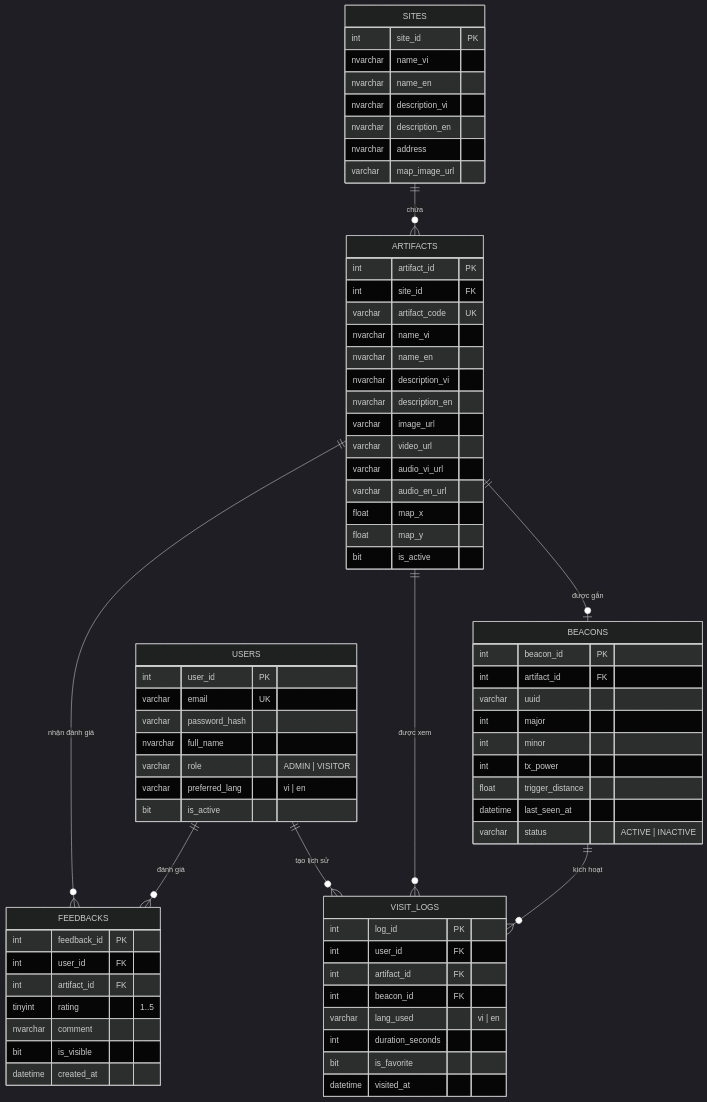
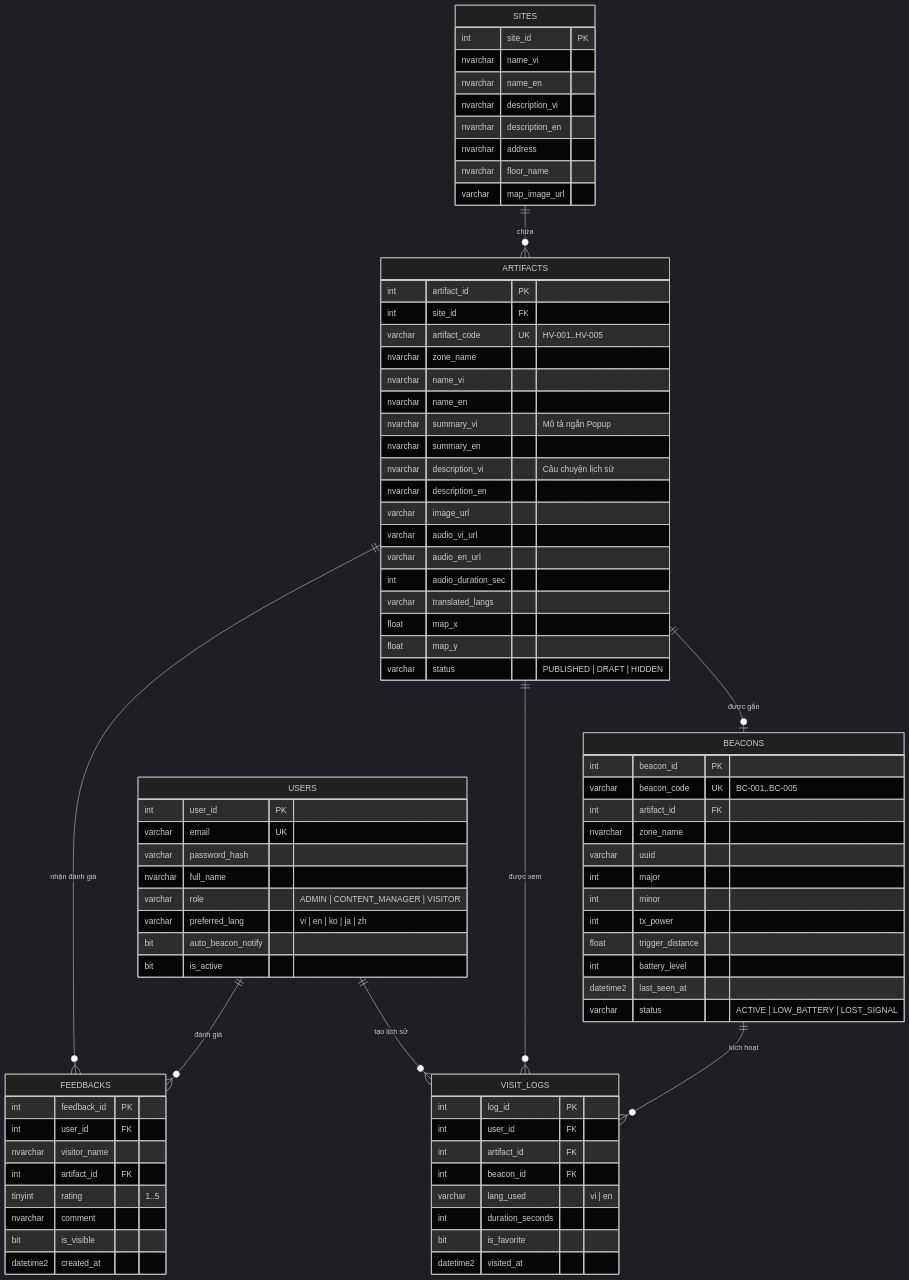
Before and after one commit to KhiemPham1512/HQTCSDL: the third of 4 diagrams in README.md, drawn with Mermaid (dark theme). The commit also changed other lines of this file and 6 other files, not shown here.

````diff
--- a/README.md
+++ b/README.md
@@ -173,8 +185,9 @@
         varchar email UK
         varchar password_hash
         nvarchar full_name
-        varchar role "ADMIN | VISITOR"
-        varchar preferred_lang "vi | en"
+        varchar role "ADMIN | CONTENT_MANAGER | VISITOR"
+        varchar preferred_lang "vi | en | ko | ja | zh"
+        bit auto_beacon_notify
         bit is_active
     }
     SITES {
@@ -184,34 +197,42 @@
         nvarchar description_vi
         nvarchar description_en
         nvarchar address
+        nvarchar floor_name
         varchar map_image_url
     }
     ARTIFACTS {
         int artifact_id PK
         int site_id FK
-        varchar artifact_code UK
+        varchar artifact_code UK "HV-001..HV-005"
+        nvarchar zone_name
         nvarchar name_vi
         nvarchar name_en
-        nvarchar description_vi
+        nvarchar summary_vi "Mô tả ngắn Popup"
+        nvarchar summary_en
+        nvarchar description_vi "Câu chuyện lịch sử"
         nvarchar description_en
         varchar image_url
-        varchar video_url
         varchar audio_vi_url
         varchar audio_en_url
+        int audio_duration_sec
+        varchar translated_langs
         float map_x
         float map_y
-        bit is_active
+        varchar status "PUBLISHED | DRAFT | HIDDEN"
     }
     BEACONS {
         int beacon_id PK
+        varchar beacon_code UK "BC-001..BC-005"
         int artifact_id FK
+        nvarchar zone_name
         varchar uuid
         int major
         int minor
         int tx_power
         float trigger_distance
-        datetime last_seen_at
-        varchar status "ACTIVE | INACTIVE"
+        int battery_level
+        datetime2 last_seen_at
+        varchar status "ACTIVE | LOW_BATTERY | LOST_SIGNAL"
     }
     VISIT_LOGS {
         int log_id PK
@@ -221,15 +242,16 @@
         varchar lang_used "vi | en"
         int duration_seconds
         bit is_favorite
-        datetime visited_at
+        datetime2 visited_at
     }
     FEEDBACKS {
         int feedback_id PK
         int user_id FK
+        nvarchar visitor_name
         int artifact_id FK
         tinyint rating "1..5"
         nvarchar comment
         bit is_visible
-        datetime created_at
+        datetime2 created_at
     }
 ```
````
